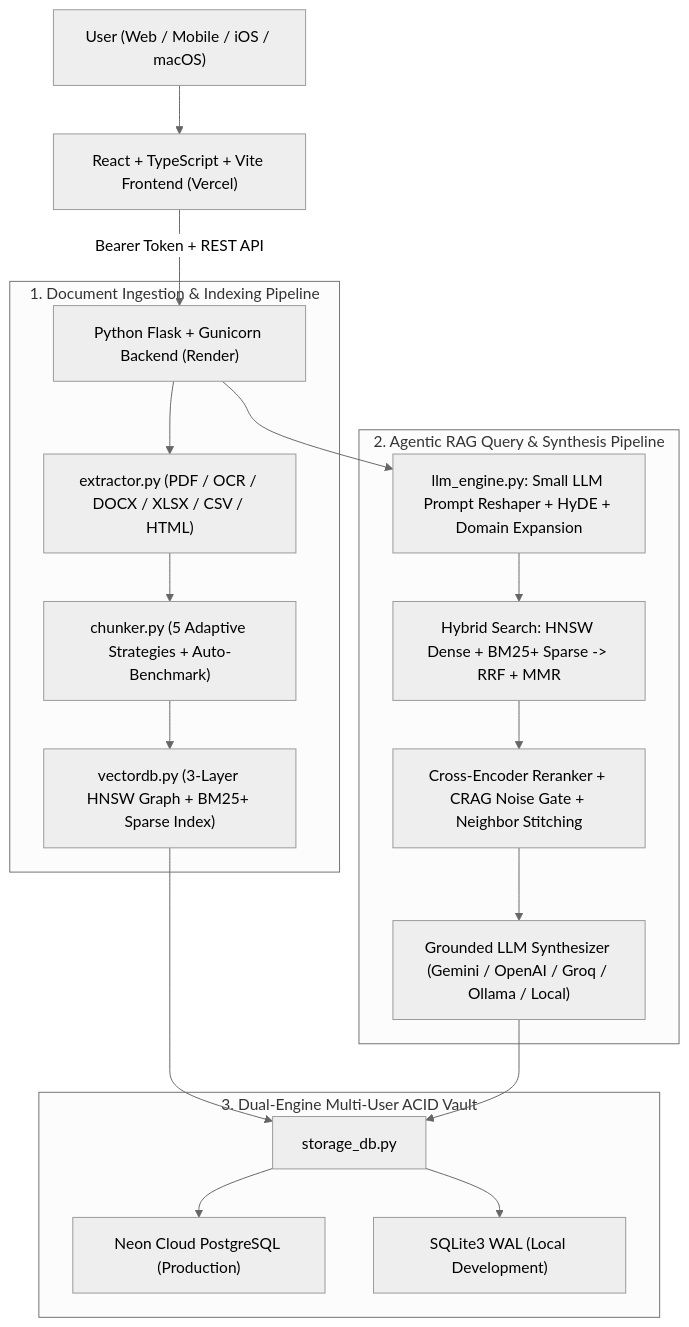
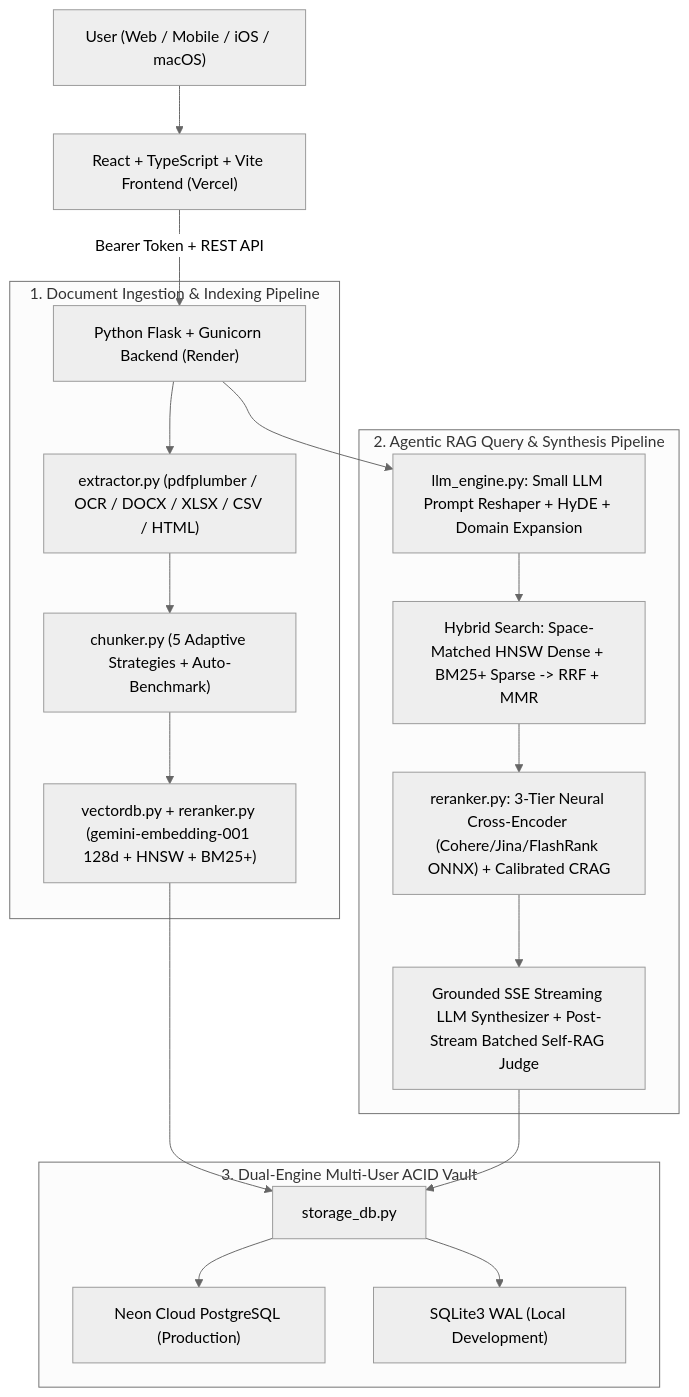
Before and after one commit to iGNI3/your_rag_assistant: the diagram in PROJECT_DOCUMENTATION.md, drawn with Mermaid (neutral theme). The commit also changed other lines of this file and 8 other files, not shown here.

Commit message:
Add 3-tier neural Cross-Encoder reranking (Cohere/Jina/FlashRank ONNX), gemini-embedding-001 neural embeddings, and batched post-stream LLM Self-RAG claim verification

````diff
--- a/PROJECT_DOCUMENTATION.md
+++ b/PROJECT_DOCUMENTATION.md
@@ -18,25 +18,25 @@
 ```mermaid
 flowchart TD
     U["User (Web / Mobile / iOS / macOS)"] --> FE["React + TypeScript + Vite Frontend (Vercel)"]
     FE -->|"Bearer Token + REST API"| API["Python Flask + Gunicorn Backend (Render)"]
 
     subgraph Ingestion["1. Document Ingestion & Indexing Pipeline"]
-        API --> EXT["extractor.py (PDF / OCR / DOCX / XLSX / CSV / HTML)"]
+        API --> EXT["extractor.py (pdfplumber / OCR / DOCX / XLSX / CSV / HTML)"]
         EXT --> CHK["chunker.py (5 Adaptive Strategies + Auto-Benchmark)"]
-        CHK --> VDB["vectordb.py (3-Layer HNSW Graph + BM25+ Sparse Index)"]
+        CHK --> VDB["vectordb.py + reranker.py (gemini-embedding-001 128d + HNSW + BM25+)"]
     end
 
     subgraph Retrieval["2. Agentic RAG Query & Synthesis Pipeline"]
         API --> RSH["llm_engine.py: Small LLM Prompt Reshaper + HyDE + Domain Expansion"]
-        RSH --> HYB["Hybrid Search: HNSW Dense + BM25+ Sparse -> RRF + MMR"]
-        HYB --> CRG["Cross-Encoder Reranker + CRAG Noise Gate + Neighbor Stitching"]
-        CRG --> SYN["Grounded LLM Synthesizer (Gemini / OpenAI / Groq / Ollama / Local)"]
+        RSH --> HYB["Hybrid Search: Space-Matched HNSW Dense + BM25+ Sparse -> RRF + MMR"]
+        HYB --> CRG["reranker.py: 3-Tier Neural Cross-Encoder (Cohere/Jina/FlashRank ONNX) + Calibrated CRAG"]
+        CRG --> SYN["Grounded SSE Streaming LLM Synthesizer + Post-Stream Batched Self-RAG Judge"]
     end
 
     subgraph Storage["3. Dual-Engine Multi-User ACID Vault"]
         VDB --> DB["storage_db.py"]
         SYN --> DB
         DB --> PG["Neon Cloud PostgreSQL (Production)"]
         DB --> SQ["SQLite3 WAL (Local Development)"]
     end
 ```
````
